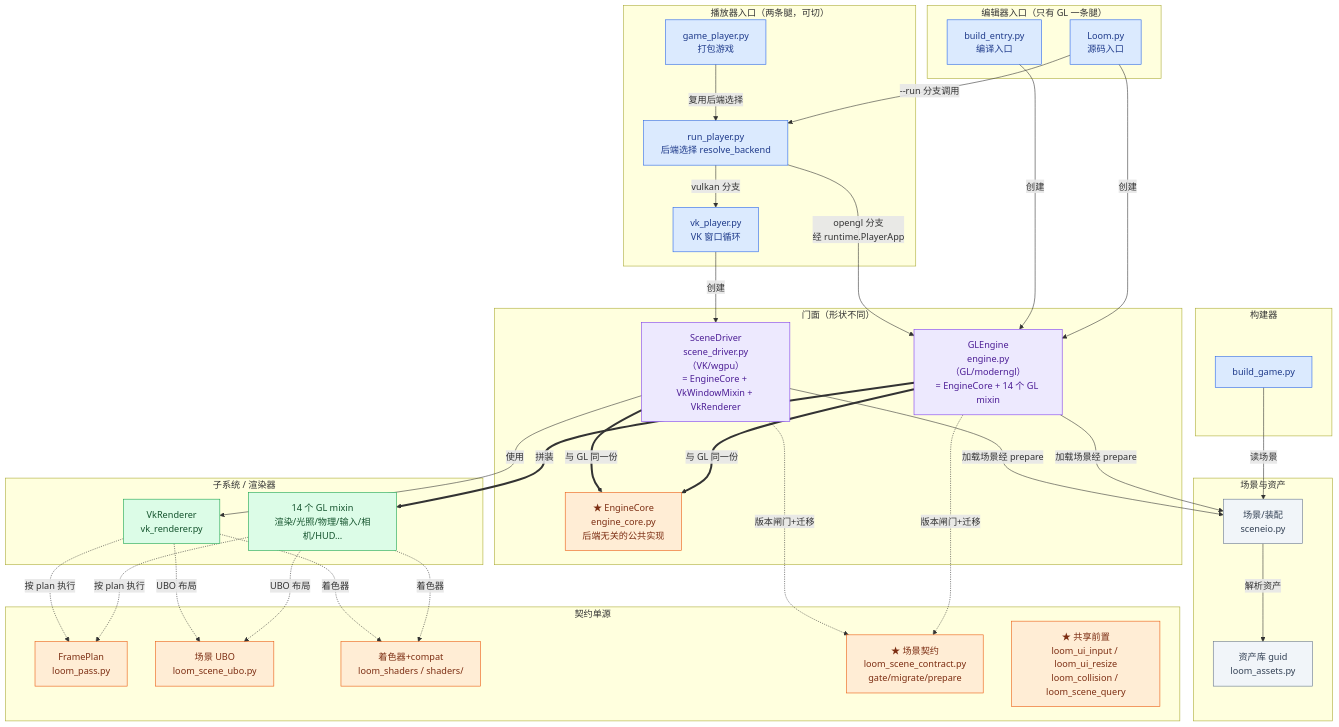
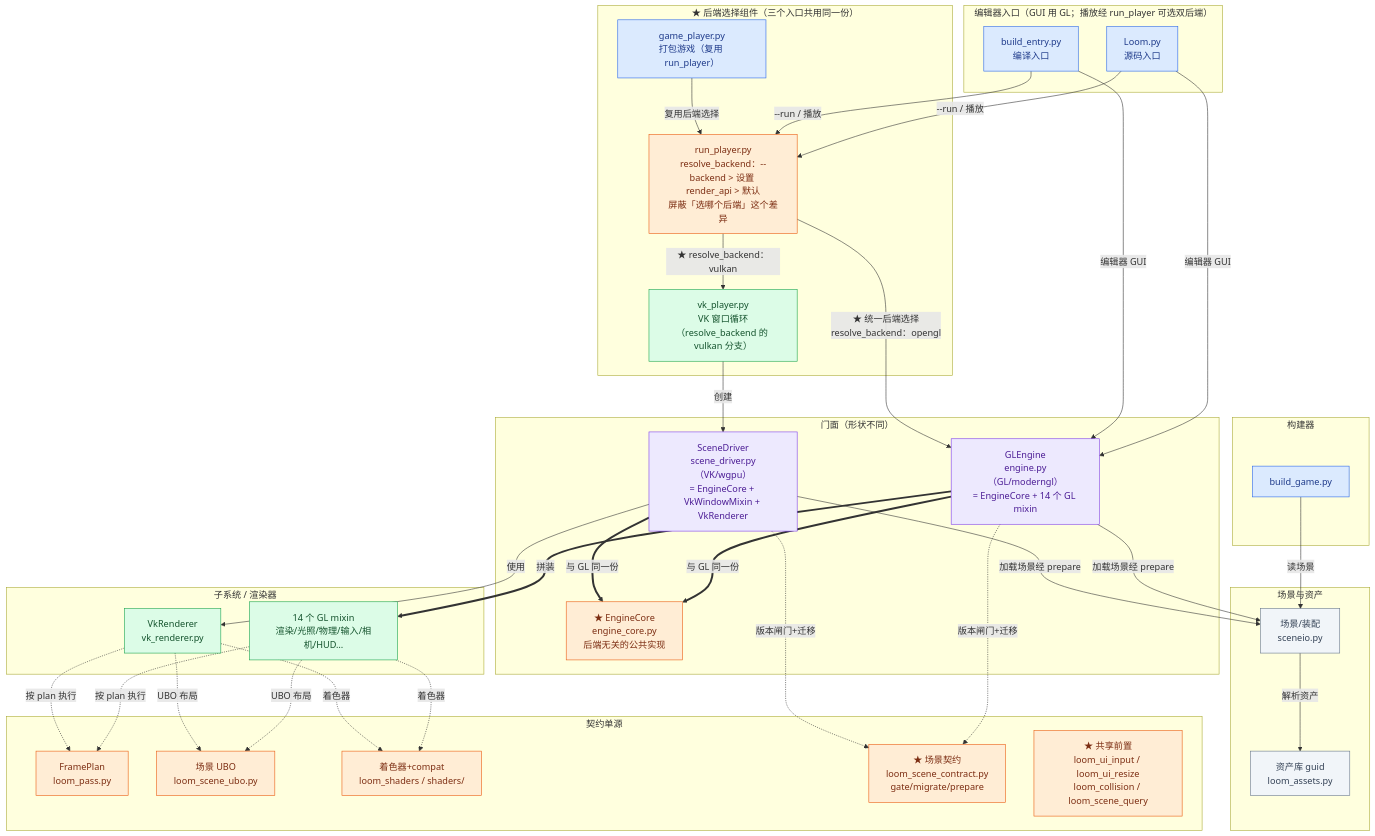
One commit to lhy302/WeaveEngine changed the first of 23 diagrams in ARCHITECTURE.md. Above: the diagram before and after it, drawn with Mermaid. The commit also changed other lines of this file, not shown here.

Commit message:
docs(arch): 图 1 按人类澄清重画 —— 三入口全部统一走 run_player 后端选择组件 + JVM 屏蔽层判读要点

````diff
--- a/ARCHITECTURE.md
+++ b/ARCHITECTURE.md
@@ -74,63 +74,64 @@
 ```mermaid
 flowchart TB
-  subgraph EDENT["编辑器入口（只有 GL 一条腿）"]
+  subgraph EDENT["编辑器入口（GUI 用 GL；播放经 run_player 可选双后端）"]
     A1["Loom.py<br/>源码入口"]:::entry
     A2["build_entry.py<br/>编译入口"]:::entry
   end
-  subgraph PLENT["播放器入口（两条腿，可切）"]
-    A3["run_player.py<br/>后端选择 resolve_backend"]:::entry
-    A4["game_player.py<br/>打包游戏"]:::entry
-    A5["vk_player.py<br/>VK 窗口循环"]:::entry
+  subgraph PLENT["★ 后端选择组件（三个入口共用同一份）"]
+    A3["run_player.py<br/>resolve_backend：--backend > 设置 render_api > 默认<br/>屏蔽「选哪个后端」这个差异"]:::contract
+    A4["game_player.py<br/>打包游戏（复用 run_player）"]:::entry
+    A5["vk_player.py<br/>VK 窗口循环（resolve_backend 的 vulkan 分支）"]:::impl
   end
   subgraph TOOL["构建器"]
     A6["build_game.py"]:::entry
   end
   subgraph FACADE["门面（形状不同）"]
     B1["GLEngine<br/>engine.py（GL/moderngl）<br/>= EngineCore + 14 个 GL mixin"]:::facade
     B2["SceneDriver<br/>scene_driver.py（VK/wgpu）<br/>= EngineCore + VkWindowMixin + VkRenderer"]:::facade
     B0["★ EngineCore<br/>engine_core.py<br/>后端无关的公共实现"]:::contract
   end
   subgraph IMPL["子系统 / 渲染器"]
     C1["14 个 GL mixin<br/>渲染/光照/物理/输入/相机/HUD…"]:::impl
     C2["VkRenderer<br/>vk_renderer.py"]:::impl
   end
   subgraph CONTRACT["契约单源"]
     D1["FramePlan<br/>loom_pass.py"]:::contract
     D2["场景 UBO<br/>loom_scene_ubo.py"]:::contract
     D3["着色器+compat<br/>loom_shaders / shaders/"]:::contract
     D4["★ 场景契约<br/>loom_scene_contract.py<br/>gate/migrate/prepare"]:::contract
     D5["★ 共享前置<br/>loom_ui_input / loom_ui_resize<br/>loom_collision / loom_scene_query"]:::contract
   end
   subgraph DATA["场景与资产"]
     E1["场景/装配<br/>sceneio.py"]:::file
     E2["资产库 guid<br/>loom_assets.py"]:::file
   end
-  A1 -->|创建| B1
-  A2 -->|创建| B1
-  A1 -->|--run 分支调用| A3
+  A1 -->|编辑器 GUI| B1
+  A2 -->|编辑器 GUI| B1
+  A1 -->|--run / 播放| A3
+  A2 -->|--run / 播放| A3
   A4 -->|复用后端选择| A3
-  A3 -->|opengl 分支<br/>经 runtime.PlayerApp| B1
-  A3 -->|vulkan 分支| A5
+  A3 -->|★ 统一后端选择<br/>resolve_backend：opengl| B1
+  A3 -->|★ resolve_backend：vulkan| A5
   A5 -->|创建| B2
   A6 -->|读场景| E1
   B1 ==>|拼装| C1
   B2 -->|使用| C2
   B1 ==>|与 GL 同一份| B0
   B2 ==>|与 GL 同一份| B0
   B1 -->|加载场景经 prepare| E1
   B2 -->|加载场景经 prepare| E1
   B1 -.->|版本闸门+迁移| D4
   B2 -.->|版本闸门+迁移| D4
   C1 -.->|按 plan 执行| D1
   C2 -.->|按 plan 执行| D1
   C1 -.->|UBO 布局| D2
   C2 -.->|UBO 布局| D2
   C1 -.->|着色器| D3
   C2 -.->|着色器| D3
   E1 -->|解析资产| E2
   classDef entry fill:#dbeafe,stroke:#2563eb,color:#1e3a8a
   classDef facade fill:#ede9fe,stroke:#7c3aed,color:#4c1d95
   classDef impl fill:#dcfce7,stroke:#16a34a,color:#14532d
   classDef contract fill:#ffedd5,stroke:#ea580c,color:#7c2d12
   classDef file fill:#f1f5f9,stroke:#64748b,color:#334155
 ```
````
